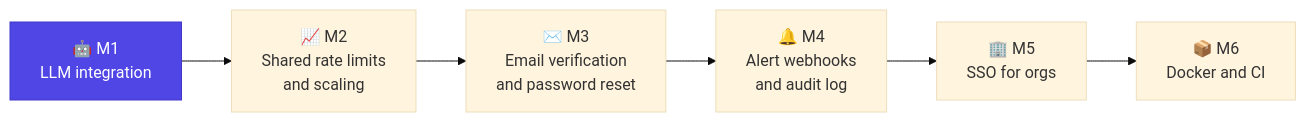
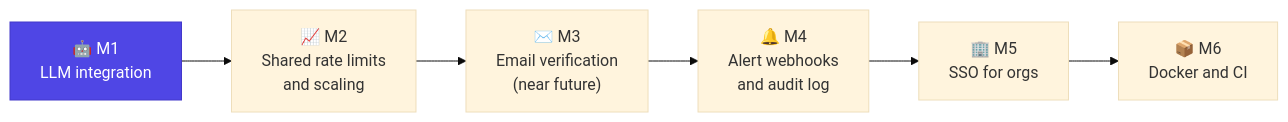
The second of 2 diagrams in README.md (parag25mcf10022/API-Token_Abuse-protection-POC), drawn with Mermaid (base theme) before and after one commit. The commit also changed other lines of this file and 10 other files, not shown here.

````diff
--- a/README.md
+++ b/README.md
@@ -132,9 +146,9 @@
 ```mermaid
 flowchart LR
     M1["🤖 M1<br/>LLM integration"] --> M2["📈 M2<br/>Shared rate limits<br/>and scaling"]
-    M2 --> M3["✉️ M3<br/>Email verification<br/>and password reset"]
+    M2 --> M3["✉️ M3<br/>Email verification<br/>(near future)"]
     M3 --> M4["🔔 M4<br/>Alert webhooks<br/>and audit log"]
     M4 --> M5["🏢 M5<br/>SSO for orgs"]
     M5 --> M6["📦 M6<br/>Docker and CI"]
     style M1 fill:#4f46e5,color:#fff,stroke:#4338ca
 ```
````
